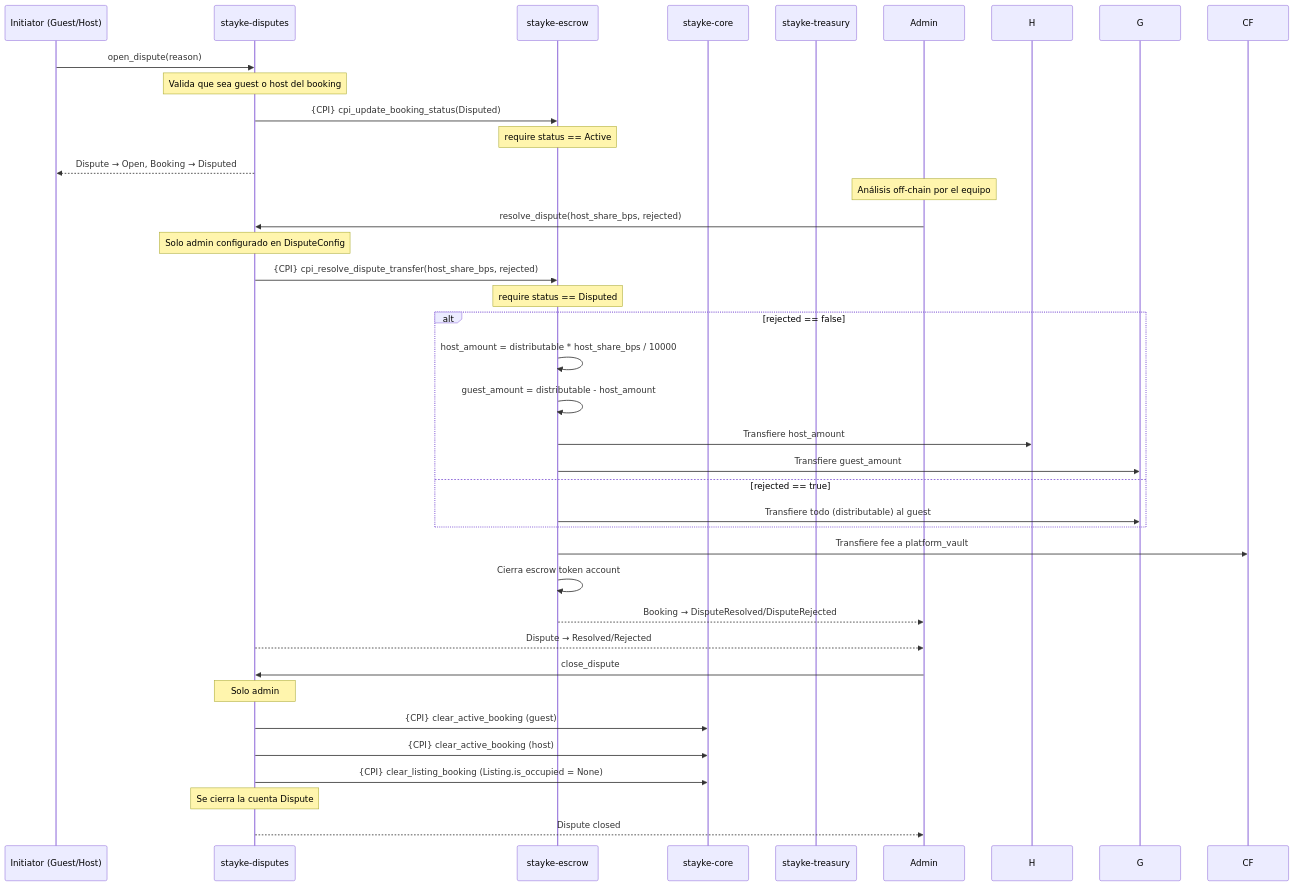
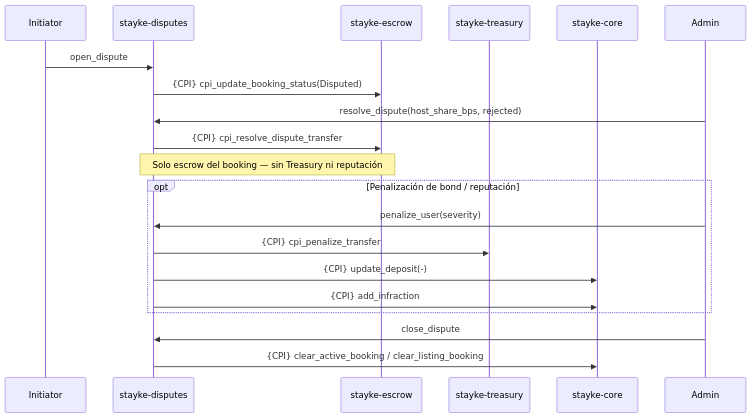
Before and after one commit to GestLabs2-0/stayke-contracts: the fourth of 6 diagrams in docs/stayke-flow-diagram.md, drawn with Mermaid. The commit also changed other lines of this file and 9 other files, not shown here.

````diff
--- a/docs/stayke-flow-diagram.md
+++ b/docs/stayke-flow-diagram.md
@@ -168,44 +121,23 @@
 ```mermaid
 sequenceDiagram
-    participant U as Initiator (Guest/Host)
+    participant U as Initiator
     participant D as stayke-disputes
     participant E as stayke-escrow
+    participant T as stayke-treasury
     participant C as stayke-core
-    participant T as stayke-treasury
     participant A as Admin
 
-    U->>D: open_dispute(reason)
-    Note over D: Valida que sea guest o host del booking
+    U->>D: open_dispute
     D->>E: {CPI} cpi_update_booking_status(Disputed)
-    Note over E: require status == Active
-    D-->>U: Dispute → Open, Booking → Disputed
-
-    Note over A: Análisis off-chain por el equipo
-
     A->>D: resolve_dispute(host_share_bps, rejected)
-    Note over D: Solo admin configurado en DisputeConfig
-    
-    D->>E: {CPI} cpi_resolve_dispute_transfer(host_share_bps, rejected)
-    Note over E: require status == Disputed
-    alt rejected == false
-        E->>E: host_amount = distributable * host_share_bps / 10000
-        E->>E: guest_amount = distributable - host_amount
-        E->>H: Transfiere host_amount
-        E->>G: Transfiere guest_amount
-    else rejected == true
-        E->>G: Transfiere todo (distributable) al guest
+    D->>E: {CPI} cpi_resolve_dispute_transfer
+    Note over D,E: Solo escrow del booking — sin Treasury ni reputación
+    opt Penalización de bond / reputación
+      A->>D: penalize_user(severity)
+      D->>T: {CPI} cpi_penalize_transfer
+      D->>C: {CPI} update_deposit(-)
+      D->>C: {CPI} add_infraction
     end
-    E->>CF: Transfiere fee a platform_vault
-    E->>E: Cierra escrow token account
-    E-->>A: Booking → DisputeResolved/DisputeRejected
-
-    D-->>A: Dispute → Resolved/Rejected
-
     A->>D: close_dispute
-    Note over D: Solo admin
-    D->>C: {CPI} clear_active_booking (guest)
-    D->>C: {CPI} clear_active_booking (host)
-    D->>C: {CPI} clear_listing_booking (Listing.is_occupied = None)
-    Note over D: Se cierra la cuenta Dispute
-    D-->>A: Dispute closed
+    D->>C: {CPI} clear_active_booking / clear_listing_booking
 ```
````
